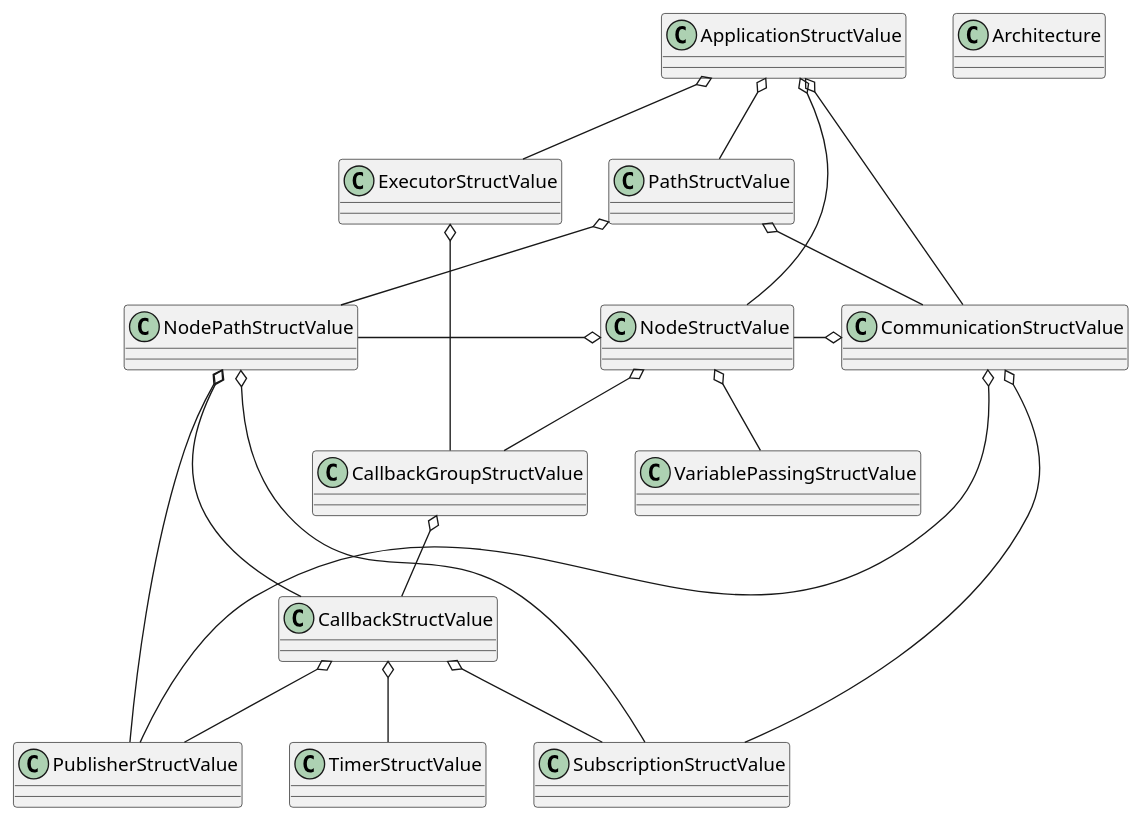
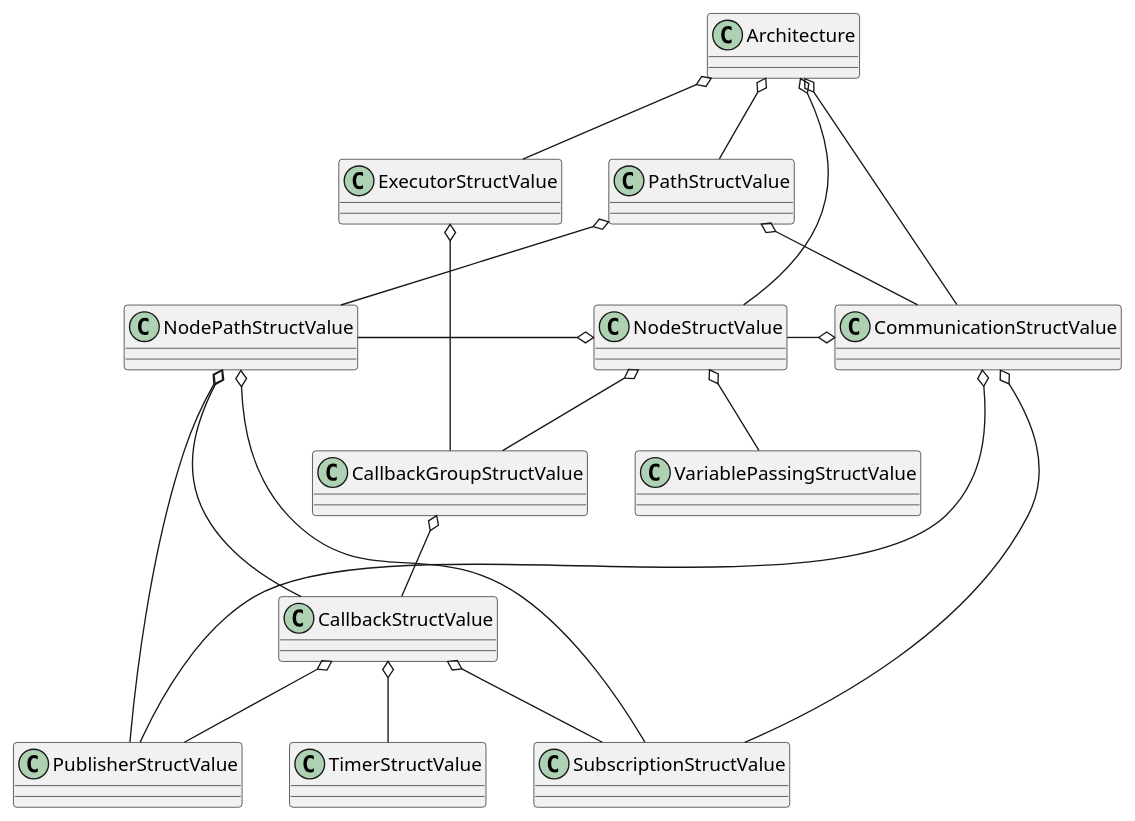
One commit to hsgwa/CARET_doc changed the second of 3 diagrams in docs/design/software_architecture/caret_analyze.md. Above: the diagram before and after it, drawn with PlantUML. The commit also changed other lines of this file and 19 other files, not shown here.

````diff
--- a/docs/design/software_architecture/caret_analyze.md
+++ b/docs/design/software_architecture/caret_analyze.md
@@ -84,59 +99,36 @@
 ```plantuml
 
-class Architecture {
-}
+class Architecture { }
+class CallbackStructValue { }
+class NodeStructValue { }
+class PublisherStructValue { }
+class SubscriptionStructValue { }
+class ExecutorStructValue { }
+class TimerStructValue { }
+class CallbackGroupStructValue { }
+class CommunicationStructValue { }
+class PathStructValue { }
+class NodePathStructValue { }
+class VariablePassingStructValue { }
 
-
-class CallbackStructValue {
-}
-
-class NodeStructValue {
-}
-
-class PublisherStructValue {
-}
-class SubscriptionStructValue {
-}
-class ExecutorStructValue {
-}
-
-class TimerStructValue {
-}
-
-class CallbackGroupStructValue {
-}
-
-class CommunicationStructValue {
-}
-
-class PathStructValue {
-}
-
-class NodePathStructValue {
-}
-
-class VariablePassingStructValue {
-}
-
-
-ApplicationStructValue o-- NodeStructValue
-ApplicationStructValue o-- CommunicationStructValue
-ApplicationStructValue o-- PathStructValue
-ApplicationStructValue o-- ExecutorStructValue
+Architecture o-- NodeStructValue
+Architecture o-- CommunicationStructValue
+Architecture o-- PathStructValue
+Architecture o-- ExecutorStructValue
 PathStructValue o-d- CommunicationStructValue
 PathStructValue o-d- NodePathStructValue
 CommunicationStructValue o-- PublisherStructValue
 CommunicationStructValue o-- SubscriptionStructValue
 CommunicationStructValue o-l- NodeStructValue
 NodeStructValue o-- CallbackGroupStructValue
 NodeStructValue o-- VariablePassingStructValue
 NodeStructValue o-l- NodePathStructValue
 NodePathStructValue o-- PublisherStructValue
 NodePathStructValue o-- SubscriptionStructValue
 NodePathStructValue o-- CallbackStructValue
 CallbackGroupStructValue o-d- CallbackStructValue
 CallbackStructValue o-d- PublisherStructValue
 CallbackStructValue o-d- TimerStructValue
 CallbackStructValue o-d- SubscriptionStructValue
 ExecutorStructValue o-- CallbackGroupStructValue
 ```
````
